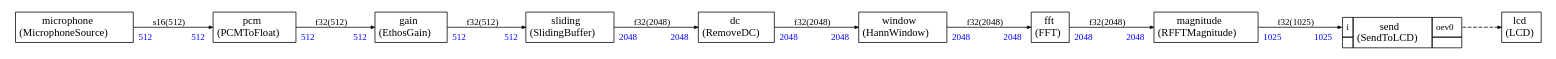
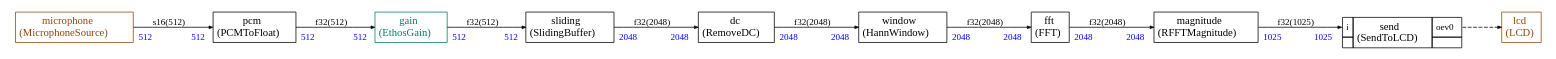
The diagram in projects/template_ospi/generated/app.dot (christophe0606/EthosCatalog), drawn with Graphviz before and after one commit. The commit also changed 34 other files, not shown here.

Commit message:
Updated graph styling to distinguish different pte files

```diff
--- a/projects/template_ospi/generated/app.dot
+++ b/projects/template_ospi/generated/app.dot
@@ -1,149 +1,149 @@
 
 
 
 
 
 
 digraph structs {
     bgcolor = "white"
     node [shape=plaintext,color="black",fontcolor="black",fontname="Times-Roman"]
     rankdir=LR
     edge [arrowsize="0.5",color="black",fontcolor="black",fontname="Times-Roman"]
 
 
 dc [label=<
-<TABLE color="black" bgcolor="none" BORDER="0" CELLBORDER="1" CELLSPACING="0" CELLPADDING="4">
+<TABLE color="black" bgcolor="white" BORDER="0" CELLBORDER="1" CELLSPACING="0" CELLPADDING="4">
   <TR>
     <TD ALIGN="CENTER" PORT="i"><FONT COLOR="black" POINT-SIZE="14.0">dc<BR/>(RemoveDC)</FONT></TD>
   </TR>
 </TABLE>>];
 
 fft [label=<
-<TABLE color="black" bgcolor="none" BORDER="0" CELLBORDER="1" CELLSPACING="0" CELLPADDING="4">
+<TABLE color="black" bgcolor="white" BORDER="0" CELLBORDER="1" CELLSPACING="0" CELLPADDING="4">
   <TR>
     <TD ALIGN="CENTER" PORT="i"><FONT COLOR="black" POINT-SIZE="14.0">fft<BR/>(FFT)</FONT></TD>
   </TR>
 </TABLE>>];
 
 gain [label=<
-<TABLE color="black" bgcolor="none" BORDER="0" CELLBORDER="1" CELLSPACING="0" CELLPADDING="4">
+<TABLE color="#00796B" bgcolor="white" BORDER="0" CELLBORDER="1" CELLSPACING="0" CELLPADDING="4">
   <TR>
-    <TD ALIGN="CENTER" PORT="i"><FONT COLOR="black" POINT-SIZE="14.0">gain<BR/>(EthosGain)</FONT></TD>
+    <TD ALIGN="CENTER" PORT="i"><FONT COLOR="#00796B" POINT-SIZE="14.0">gain<BR/>(EthosGain)</FONT></TD>
   </TR>
 </TABLE>>];
 
 magnitude [label=<
-<TABLE color="black" bgcolor="none" BORDER="0" CELLBORDER="1" CELLSPACING="0" CELLPADDING="4">
+<TABLE color="black" bgcolor="white" BORDER="0" CELLBORDER="1" CELLSPACING="0" CELLPADDING="4">
   <TR>
     <TD ALIGN="CENTER" PORT="i"><FONT COLOR="black" POINT-SIZE="14.0">magnitude<BR/>(RFFTMagnitude)</FONT></TD>
   </TR>
 </TABLE>>];
 
 microphone [label=<
-<TABLE color="black" bgcolor="none" BORDER="0" CELLBORDER="1" CELLSPACING="0" CELLPADDING="4">
+<TABLE color="#8B4513" bgcolor="white" BORDER="0" CELLBORDER="1" CELLSPACING="0" CELLPADDING="4">
   <TR>
-    <TD ALIGN="CENTER" PORT="i"><FONT COLOR="black" POINT-SIZE="14.0">microphone<BR/>(MicrophoneSource)</FONT></TD>
+    <TD ALIGN="CENTER" PORT="i"><FONT COLOR="#8B4513" POINT-SIZE="14.0">microphone<BR/>(MicrophoneSource)</FONT></TD>
   </TR>
 </TABLE>>];
 
 pcm [label=<
-<TABLE color="black" bgcolor="none" BORDER="0" CELLBORDER="1" CELLSPACING="0" CELLPADDING="4">
+<TABLE color="black" bgcolor="white" BORDER="0" CELLBORDER="1" CELLSPACING="0" CELLPADDING="4">
   <TR>
     <TD ALIGN="CENTER" PORT="i"><FONT COLOR="black" POINT-SIZE="14.0">pcm<BR/>(PCMToFloat)</FONT></TD>
   </TR>
 </TABLE>>];
 
 
 send [label=<
-<TABLE color="black" bgcolor="none" BORDER="0" CELLBORDER="1" CELLSPACING="0" CELLPADDING="4">
+<TABLE color="black" bgcolor="white" BORDER="0" CELLBORDER="1" CELLSPACING="0" CELLPADDING="4">
   <TR>
     <TD PORT="i"><FONT POINT-SIZE="12.0" COLOR="black">i</FONT></TD>
     <TD ALIGN="CENTER" ROWSPAN="2"><FONT COLOR="black" POINT-SIZE="14.0">send<BR/>(SendToLCD)</FONT></TD>
     <TD PORT="oev0"><FONT POINT-SIZE="12.0" COLOR="black">oev0</FONT></TD>
   </TR>
 <TR>
 
 <TD></TD>
 
 <TD></TD></TR>
 
 </TABLE>>];
 
 sliding [label=<
-<TABLE color="black" bgcolor="none" BORDER="0" CELLBORDER="1" CELLSPACING="0" CELLPADDING="4">
+<TABLE color="black" bgcolor="white" BORDER="0" CELLBORDER="1" CELLSPACING="0" CELLPADDING="4">
   <TR>
     <TD ALIGN="CENTER" PORT="i"><FONT COLOR="black" POINT-SIZE="14.0">sliding<BR/>(SlidingBuffer)</FONT></TD>
   </TR>
 </TABLE>>];
 
 window [label=<
-<TABLE color="black" bgcolor="none" BORDER="0" CELLBORDER="1" CELLSPACING="0" CELLPADDING="4">
+<TABLE color="black" bgcolor="white" BORDER="0" CELLBORDER="1" CELLSPACING="0" CELLPADDING="4">
   <TR>
     <TD ALIGN="CENTER" PORT="i"><FONT COLOR="black" POINT-SIZE="14.0">window<BR/>(HannWindow)</FONT></TD>
   </TR>
 </TABLE>>];
 
 lcd [label=<
-<TABLE color="black" bgcolor="none" BORDER="0" CELLBORDER="1" CELLSPACING="0" CELLPADDING="4">
+<TABLE color="#8B4513" bgcolor="white" BORDER="0" CELLBORDER="1" CELLSPACING="0" CELLPADDING="4">
   <TR>
-    <TD ALIGN="CENTER" PORT="i"><FONT COLOR="black" POINT-SIZE="14.0">lcd<BR/>(LCD)</FONT></TD>
+    <TD ALIGN="CENTER" PORT="i"><FONT COLOR="#8B4513" POINT-SIZE="14.0">lcd<BR/>(LCD)</FONT></TD>
   </TR>
 </TABLE>>];
 
 
 
 microphone:i -> pcm:i [style="solid",color="black",fontsize="12.0",fontcolor="black",label=<s16(512)>
 ,headlabel=<<TABLE BORDER="0" CELLPADDING="4"><TR><TD><FONT COLOR="blue" POINT-SIZE="12.0" >512</FONT>
 </TD></TR></TABLE>>
 ,taillabel=<<TABLE BORDER="0" CELLPADDING="4"><TR><TD><FONT COLOR="blue" POINT-SIZE="12.0" >512</FONT>
 </TD></TR></TABLE>>]
 
 pcm:i -> gain:i [style="solid",color="black",fontsize="12.0",fontcolor="black",label=<f32(512)>
 ,headlabel=<<TABLE BORDER="0" CELLPADDING="4"><TR><TD><FONT COLOR="blue" POINT-SIZE="12.0" >512</FONT>
 </TD></TR></TABLE>>
 ,taillabel=<<TABLE BORDER="0" CELLPADDING="4"><TR><TD><FONT COLOR="blue" POINT-SIZE="12.0" >512</FONT>
 </TD></TR></TABLE>>]
 
 gain:i -> sliding:i [style="solid",color="black",fontsize="12.0",fontcolor="black",label=<f32(512)>
 ,headlabel=<<TABLE BORDER="0" CELLPADDING="4"><TR><TD><FONT COLOR="blue" POINT-SIZE="12.0" >512</FONT>
 </TD></TR></TABLE>>
 ,taillabel=<<TABLE BORDER="0" CELLPADDING="4"><TR><TD><FONT COLOR="blue" POINT-SIZE="12.0" >512</FONT>
 </TD></TR></TABLE>>]
 
 sliding:i -> dc:i [style="solid",color="black",fontsize="12.0",fontcolor="black",label=<f32(2048)>
 ,headlabel=<<TABLE BORDER="0" CELLPADDING="4"><TR><TD><FONT COLOR="blue" POINT-SIZE="12.0" >2048</FONT>
 </TD></TR></TABLE>>
 ,taillabel=<<TABLE BORDER="0" CELLPADDING="4"><TR><TD><FONT COLOR="blue" POINT-SIZE="12.0" >2048</FONT>
 </TD></TR></TABLE>>]
 
 dc:i -> window:i [style="solid",color="black",fontsize="12.0",fontcolor="black",label=<f32(2048)>
 ,headlabel=<<TABLE BORDER="0" CELLPADDING="4"><TR><TD><FONT COLOR="blue" POINT-SIZE="12.0" >2048</FONT>
 </TD></TR></TABLE>>
 ,taillabel=<<TABLE BORDER="0" CELLPADDING="4"><TR><TD><FONT COLOR="blue" POINT-SIZE="12.0" >2048</FONT>
 </TD></TR></TABLE>>]
 
 window:i -> fft:i [style="solid",color="black",fontsize="12.0",fontcolor="black",label=<f32(2048)>
 ,headlabel=<<TABLE BORDER="0" CELLPADDING="4"><TR><TD><FONT COLOR="blue" POINT-SIZE="12.0" >2048</FONT>
 </TD></TR></TABLE>>
 ,taillabel=<<TABLE BORDER="0" CELLPADDING="4"><TR><TD><FONT COLOR="blue" POINT-SIZE="12.0" >2048</FONT>
 </TD></TR></TABLE>>]
 
 fft:i -> magnitude:i [style="solid",color="black",fontsize="12.0",fontcolor="black",label=<f32(2048)>
 ,headlabel=<<TABLE BORDER="0" CELLPADDING="4"><TR><TD><FONT COLOR="blue" POINT-SIZE="12.0" >2048</FONT>
 </TD></TR></TABLE>>
 ,taillabel=<<TABLE BORDER="0" CELLPADDING="4"><TR><TD><FONT COLOR="blue" POINT-SIZE="12.0" >2048</FONT>
 </TD></TR></TABLE>>]
 
 magnitude:i -> send:i [style="solid",color="black",fontsize="12.0",fontcolor="black",label=<f32(1025)>
 ,headlabel=<<TABLE BORDER="0" CELLPADDING="4"><TR><TD><FONT COLOR="blue" POINT-SIZE="12.0" >1025</FONT>
 </TD></TR></TABLE>>
 ,taillabel=<<TABLE BORDER="0" CELLPADDING="4"><TR><TD><FONT COLOR="blue" POINT-SIZE="12.0" >1025</FONT>
 </TD></TR></TABLE>>]
 
 
 
 send:oev0 -> lcd:i [style="dashed",color="black",fontsize="12.0",fontcolor="black",label=<>
 
 ]
 
 }
```
